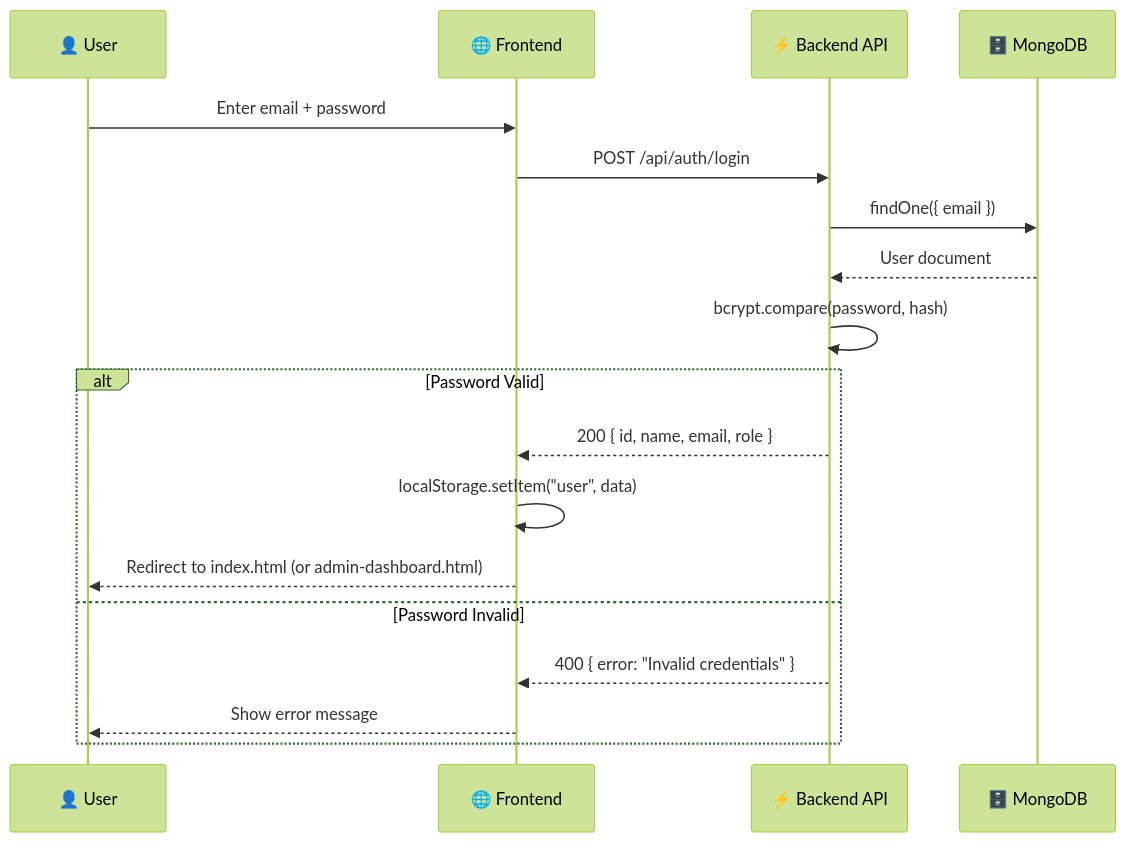
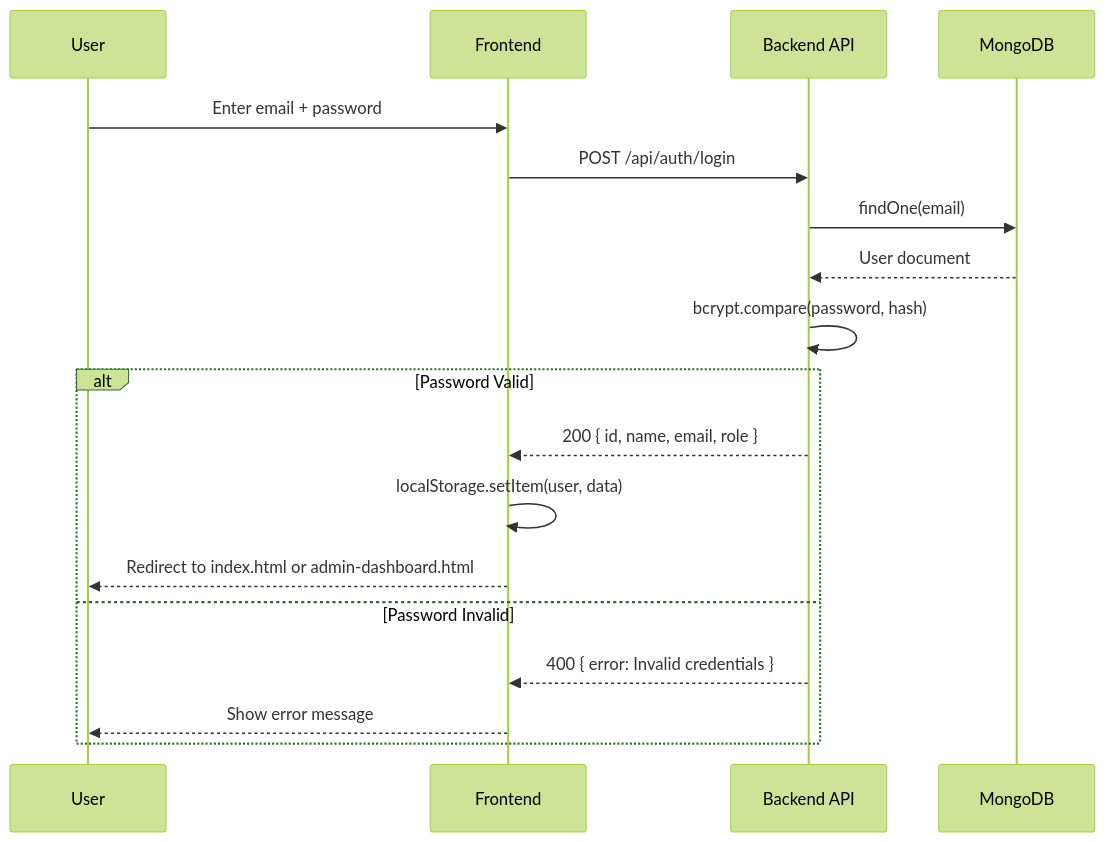
The second of 5 diagrams in README.md (rajayush6200/VitalLink), drawn with Mermaid (forest theme) before and after one commit. The commit also changed other lines of this file, not shown here.

Commit message:
docs: Redesign README with premium layout and fix Mermaid syntax

````diff
--- a/README.md
+++ b/README.md
@@ -354,21 +354,21 @@
 ```mermaid
 sequenceDiagram
-    participant U as 👤 User
-    participant F as 🌐 Frontend
-    participant B as ⚡ Backend API
-    participant DB as 🗄️ MongoDB
+    participant U as User
+    participant F as Frontend
+    participant B as Backend API
+    participant DB as MongoDB
 
     U->>F: Enter email + password
     F->>B: POST /api/auth/login
-    B->>DB: findOne({ email })
+    B->>DB: findOne(email)
     DB-->>B: User document
     B->>B: bcrypt.compare(password, hash)
     alt Password Valid
         B-->>F: 200 { id, name, email, role }
-        F->>F: localStorage.setItem("user", data)
-        F-->>U: Redirect to index.html (or admin-dashboard.html)
+        F->>F: localStorage.setItem(user, data)
+        F-->>U: Redirect to index.html or admin-dashboard.html
     else Password Invalid
-        B-->>F: 400 { error: "Invalid credentials" }
+        B-->>F: 400 { error: Invalid credentials }
         F-->>U: Show error message
     end
 ```
````
